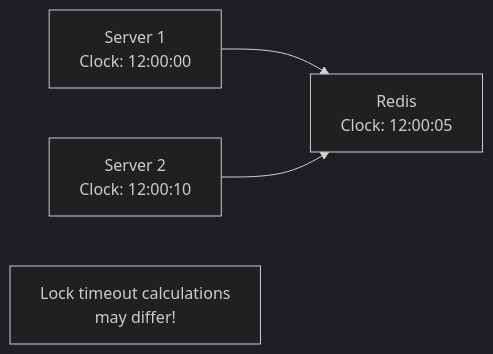
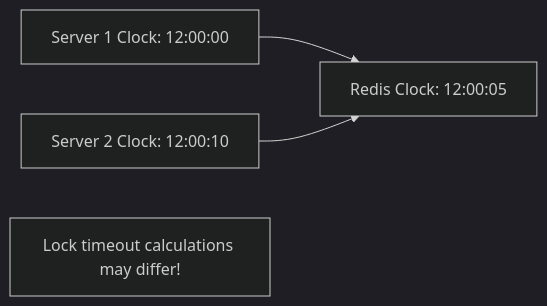
One commit to p1kmr/for-reading changed diagram 19 of 39 in Distributed_Concurrency_Control_Guide.md. Above: the diagram before and after it, drawn with Mermaid (dark theme). The commit also changed other lines of this file and 2 other files, not shown here.

Commit message:
Fix Mermaid rendering issues in Databases and Message Queues guides by simplifying complex diagrams

````diff
--- a/Distributed_Concurrency_Control_Guide.md
+++ b/Distributed_Concurrency_Control_Guide.md
@@ -998,7 +998,7 @@
 ```mermaid
 graph LR
-    A[Server 1<br/>Clock: 12:00:00] --> B[Redis<br/>Clock: 12:00:05]
-    C[Server 2<br/>Clock: 12:00:10] --> B
+    A[Server 1 Clock: 12:00:00] --> B[Redis Clock: 12:00:05]
+    C[Server 2 Clock: 12:00:10] --> B
 
-    D[Lock timeout calculations<br/>may differ!]
+    D[Lock timeout calculations may differ!]
 ```
````
